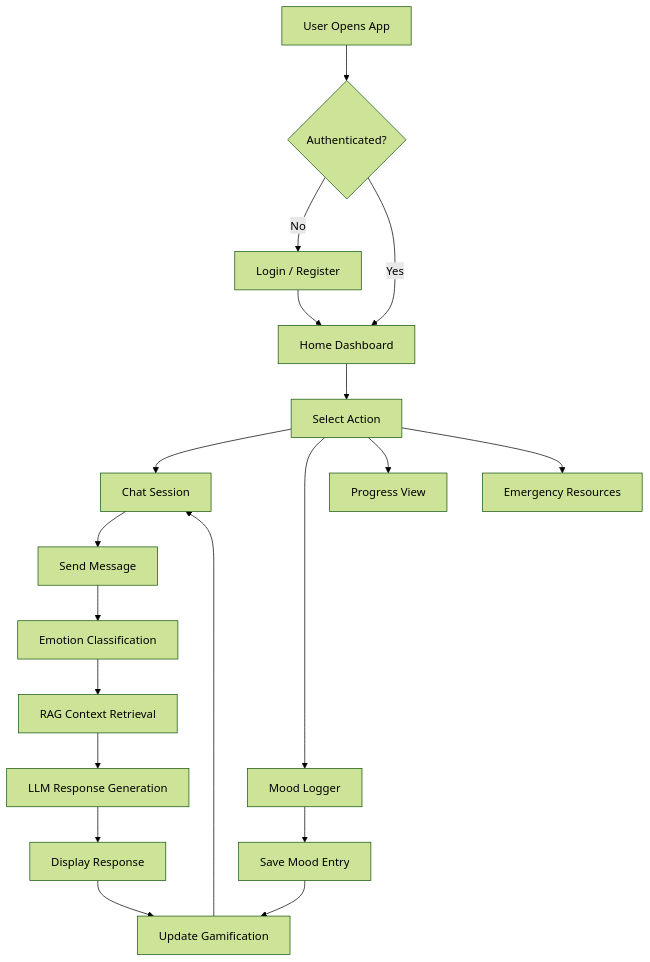
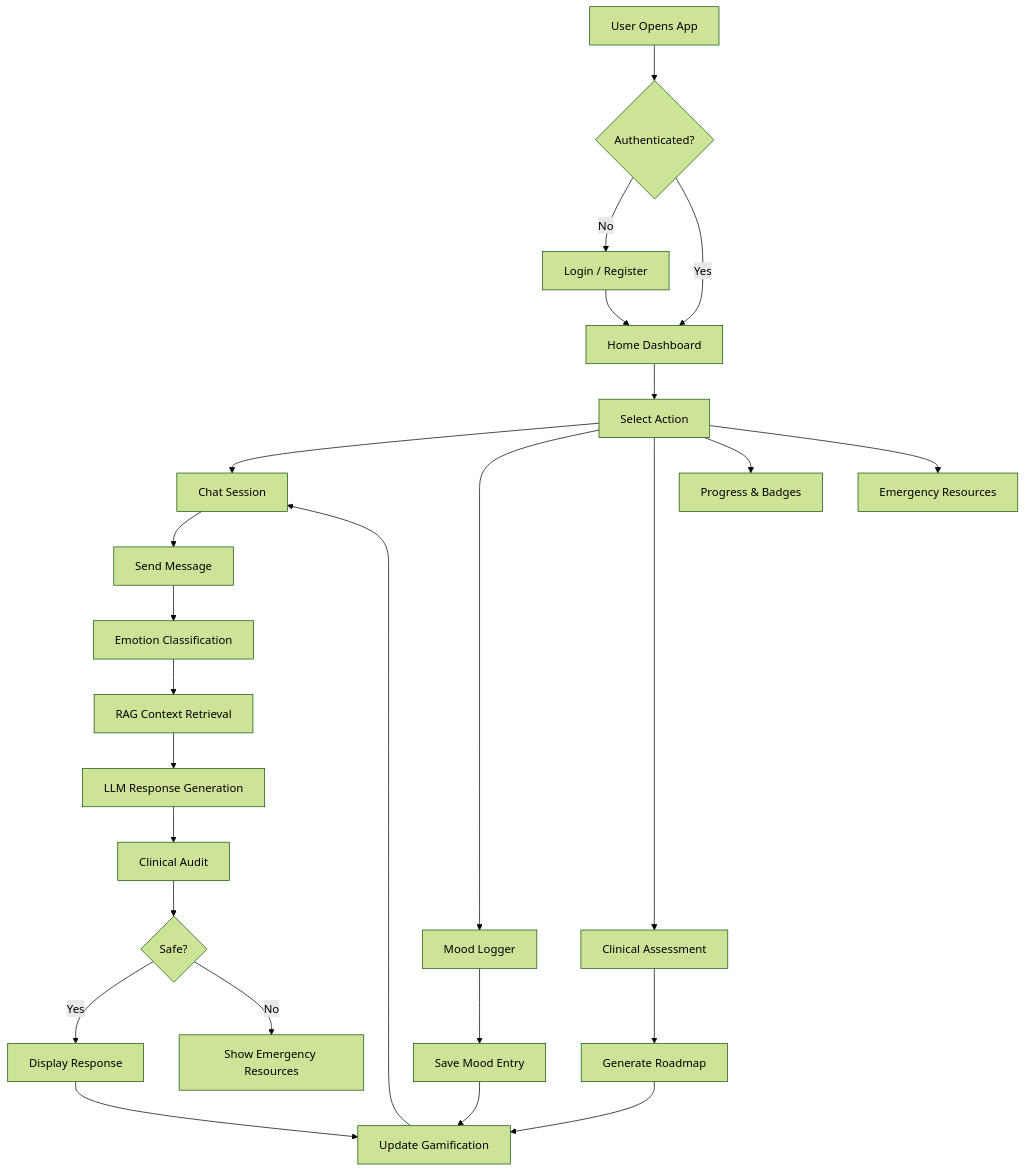
The third of 4 diagrams in chapters/03-system-design.qmd (Upheal1/UpHeal-Doc), drawn with Mermaid (forest theme) before and after one commit. The commit also changed other lines of this file and 15 other files, not shown here.

````diff
--- a/chapters/03-system-design.qmd
+++ b/chapters/03-system-design.qmd
@@ -71,21 +81,27 @@
 ```{mermaid}
 flowchart TD
     A[User Opens App] --> B{Authenticated?}
     B -->|No| C[Login / Register]
     B -->|Yes| D[Home Dashboard]
     C --> D
     D --> E[Select Action]
     E --> F[Chat Session]
     E --> G[Mood Logger]
-    E --> H[Progress View]
-    E --> I[Emergency Resources]
-    F --> J[Send Message]
-    J --> K[Emotion Classification]
-    K --> L[RAG Context Retrieval]
-    L --> M[LLM Response Generation]
-    M --> N[Display Response]
-    N --> O[Update Gamification]
-    O --> F
-    G --> P[Save Mood Entry]
-    P --> O
+    E --> H[Clinical Assessment]
+    E --> I[Progress & Badges]
+    E --> J[Emergency Resources]
+    F --> K[Send Message]
+    K --> L[Emotion Classification]
+    L --> M[RAG Context Retrieval]
+    M --> N[LLM Response Generation]
+    N --> O[Clinical Audit]
+    O --> P{Safe?}
+    P -->|Yes| Q[Display Response]
+    P -->|No| R[Show Emergency Resources]
+    Q --> S[Update Gamification]
+    S --> F
+    G --> T[Save Mood Entry]
+    T --> S
+    H --> U[Generate Roadmap]
+    U --> S
 ```
````
